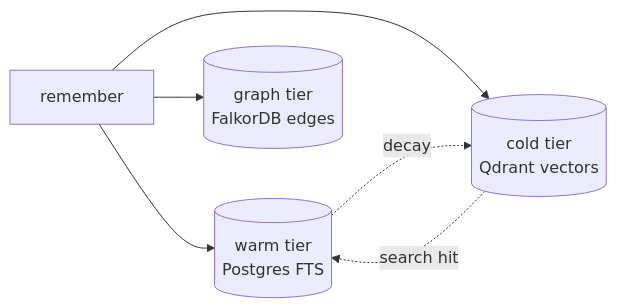
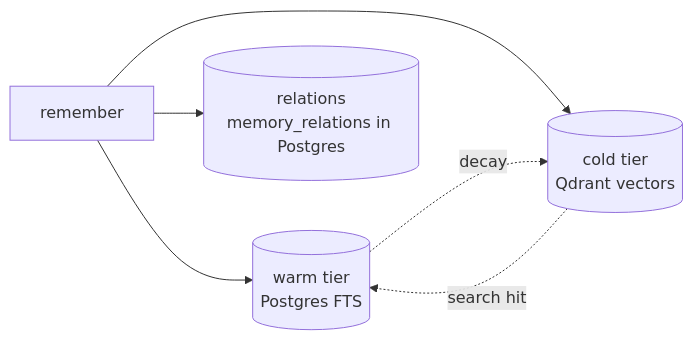
One commit to azrtydxb/novamem changed the diagram in packages/docs-site/architecture/tiers.md. Above: the diagram before and after it, drawn with Mermaid. The commit also changed other lines of this file and 50 other files, not shown here.

````diff
--- a/packages/docs-site/architecture/tiers.md
+++ b/packages/docs-site/architecture/tiers.md
@@ -9,8 +9,8 @@
 ```mermaid
 flowchart LR
     R[remember] --> WARM[(warm tier<br/>Postgres FTS)]
     R --> COLD[(cold tier<br/>Qdrant vectors)]
-    R --> GRAPH[(graph tier<br/>FalkorDB edges)]
+    R --> REL[(relations<br/>memory_relations in Postgres)]
     WARM -. decay .-> COLD
     COLD -. search hit .-> WARM
 ```
````
